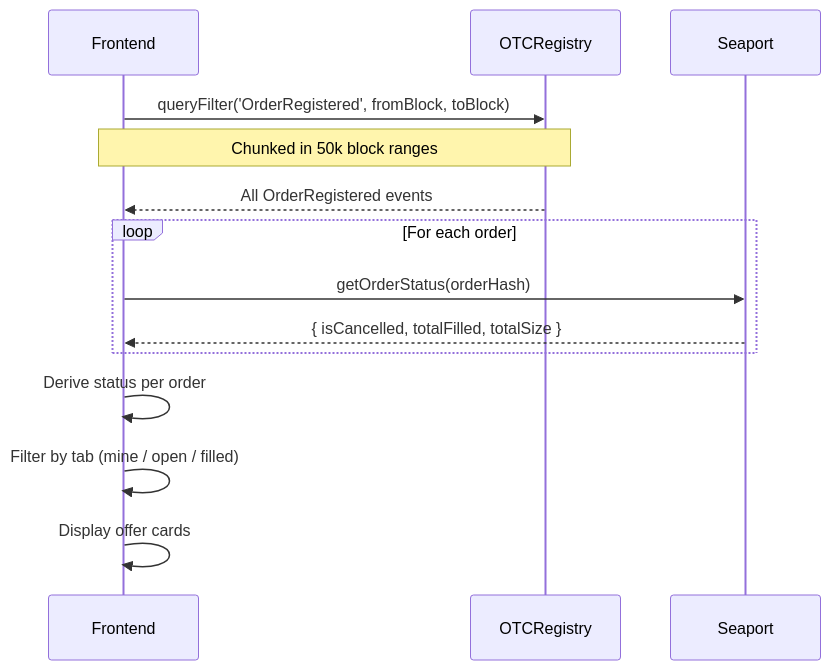
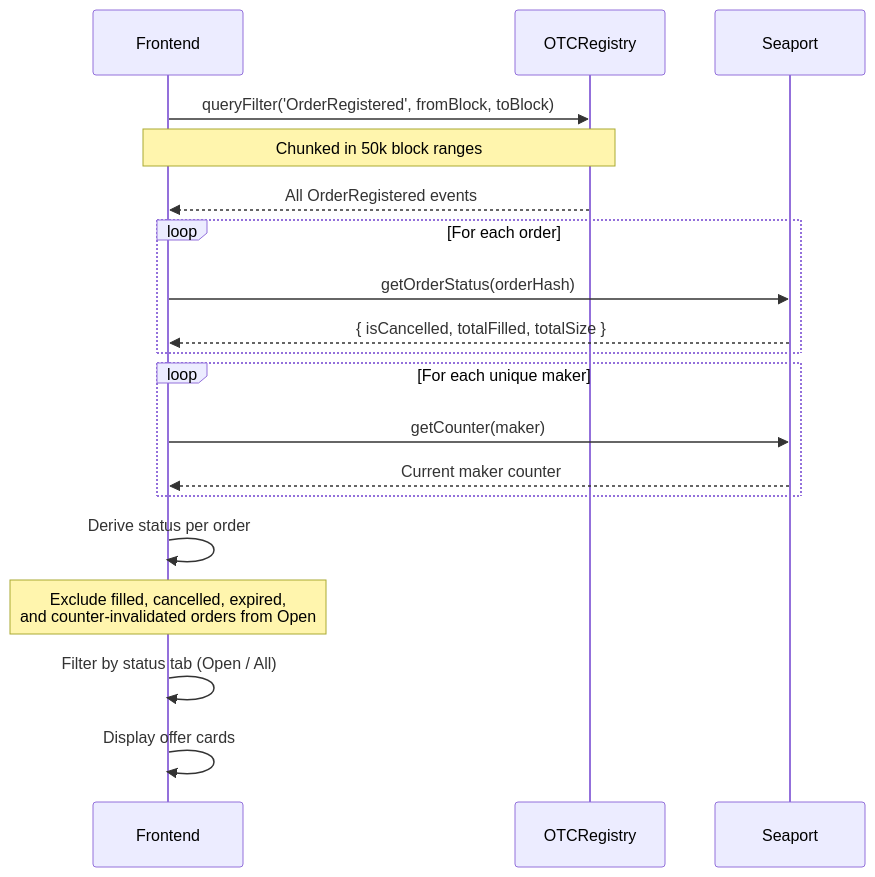
One commit to shukudaidayo/ocarina-trade changed the fifth of 5 diagrams in docs/flows.md. Above: the diagram before and after it, drawn with Mermaid. The commit also changed other lines of this file and 4 other files, not shown here.

````diff
--- a/docs/flows.md
+++ b/docs/flows.md
@@ -121,19 +134,25 @@
 ```mermaid
 sequenceDiagram
     participant F as Frontend
     participant Z as OTCRegistry
     participant S as Seaport
 
     F->>Z: queryFilter('OrderRegistered', fromBlock, toBlock)
     Note over F,Z: Chunked in 50k block ranges
     Z-->>F: All OrderRegistered events
 
     loop For each order
         F->>S: getOrderStatus(orderHash)
         S-->>F: { isCancelled, totalFilled, totalSize }
     end
 
+    loop For each unique maker
+        F->>S: getCounter(maker)
+        S-->>F: Current maker counter
+    end
+
     F->>F: Derive status per order
-    F->>F: Filter by tab (mine / open / filled)
+    Note over F: Exclude filled, cancelled, expired,<br/>and counter-invalidated orders from Open
+    F->>F: Filter by status tab (Open / All)
     F->>F: Display offer cards
 ```
````
